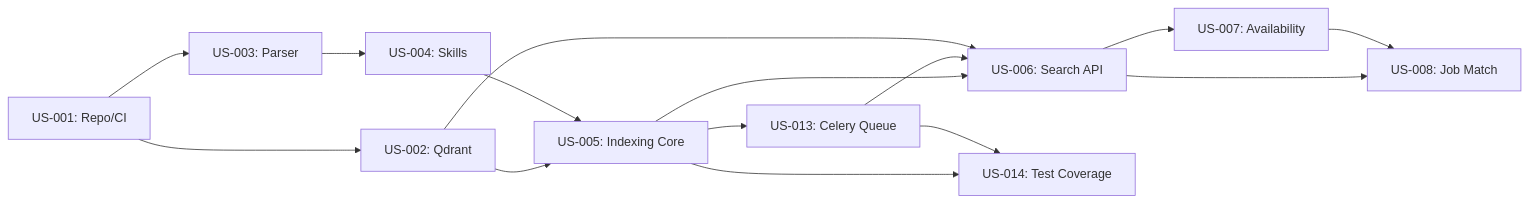
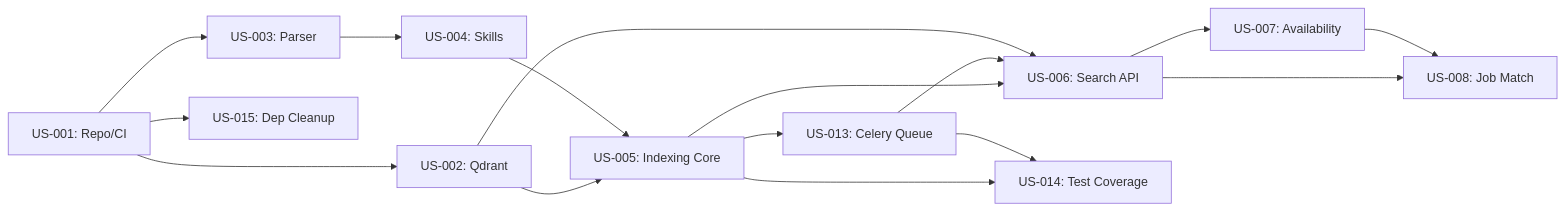
Before and after one commit to giamma80/profilebot: the diagram in docs/USER_STORIES_DETAILED.md, drawn with Mermaid. The commit also changed other lines of this file, not shown here.

````diff
--- a/docs/USER_STORIES_DETAILED.md
+++ b/docs/USER_STORIES_DETAILED.md
@@ -2060,17 +2305,18 @@
 ```mermaid
 graph LR
     US001[US-001: Repo/CI] --> US002[US-002: Qdrant]
     US001 --> US003[US-003: Parser]
     US002 --> US005[US-005: Indexing Core]
     US003 --> US004[US-004: Skills]
     US004 --> US005
     US005 --> US013[US-013: Celery Queue]
     US005 --> US006[US-006: Search API]
     US013 --> US006
     US002 --> US006
     US006 --> US007[US-007: Availability]
     US006 --> US008[US-008: Job Match]
     US007 --> US008
     US005 --> US014[US-014: Test Coverage]
     US013 --> US014
+    US001 --> US015[US-015: Dep Cleanup]
 ```
````
